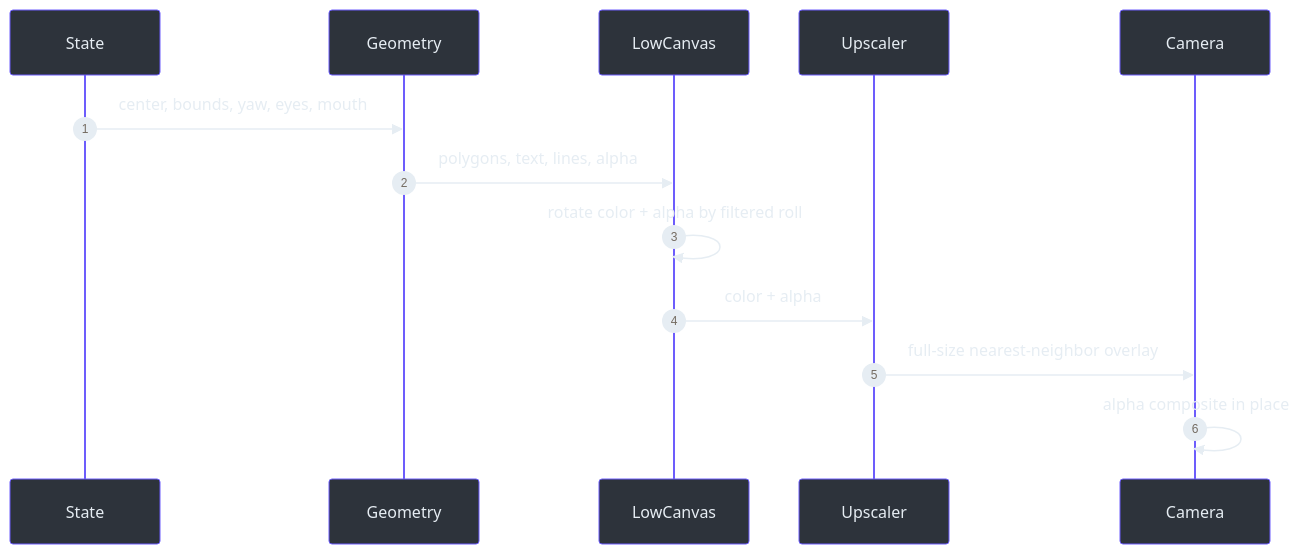
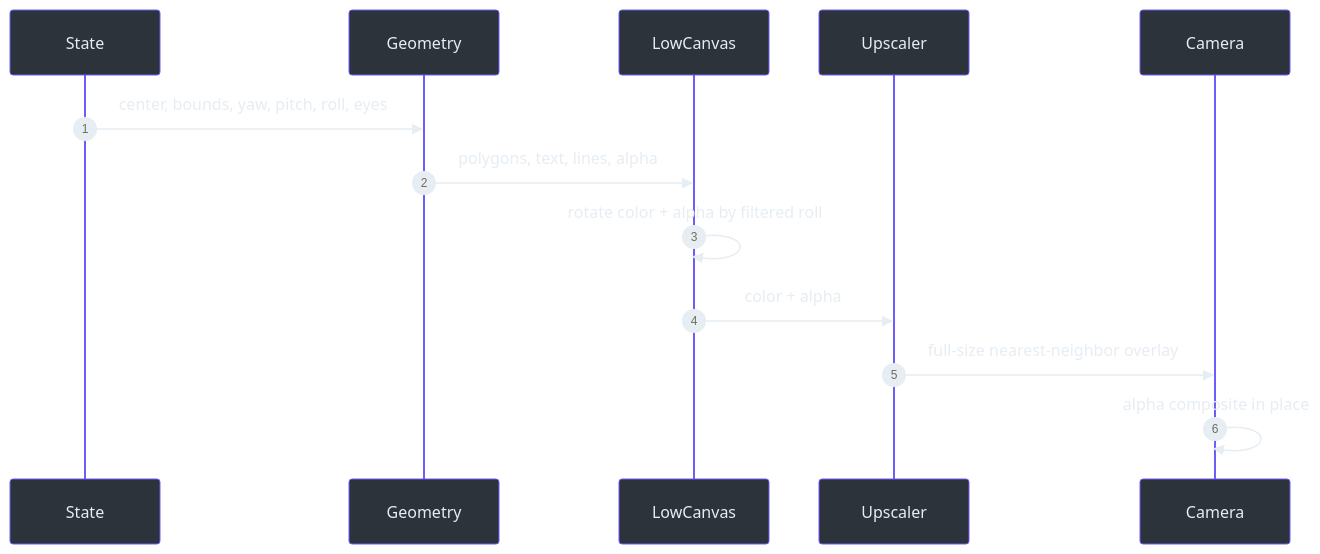
Before and after one commit to Zanark/KardboardCode-VTuber: the second of 2 diagrams in docs/03-algorithms-and-data-structures/low-resolution-overlay-compositing.md, drawn with Mermaid. The commit also changed other lines of this file and 5 other files, not shown here.

````diff
--- a/docs/03-algorithms-and-data-structures/low-resolution-overlay-compositing.md
+++ b/docs/03-algorithms-and-data-structures/low-resolution-overlay-compositing.md
@@ -56,16 +55,16 @@
 ```mermaid
 %%{init: {"theme": "base", "themeVariables": {"primaryColor": "#2d333b", "primaryBorderColor": "#6d5dfc", "primaryTextColor": "#e6edf3", "lineColor": "#8b949e", "secondaryColor": "#161b22", "tertiaryColor": "#2d333b"}}}%%
 sequenceDiagram
     autonumber
     participant State
     participant Geometry
     participant LowCanvas
     participant Upscaler
     participant Camera
-    State->>Geometry: center, bounds, yaw, eyes, mouth
+    State->>Geometry: center, bounds, yaw, pitch, roll, eyes
     Geometry->>LowCanvas: polygons, text, lines, alpha
     LowCanvas->>LowCanvas: rotate color + alpha by filtered roll
     LowCanvas->>Upscaler: color + alpha
     Upscaler->>Camera: full-size nearest-neighbor overlay
     Camera->>Camera: alpha composite in place
 ```
````
